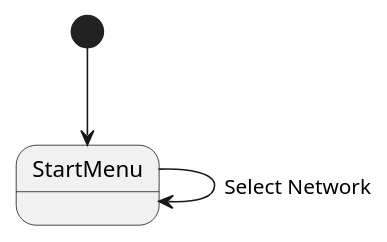
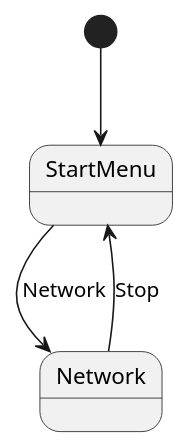
One commit to aortez/dirtsim changed the second of 2 diagrams in apps/src/ui/docs/src/screens/network.md. Above: the diagram before and after it, drawn with PlantUML. The commit also changed other lines of this file and 64 other files, not shown here.

````diff
--- a/apps/src/ui/docs/src/screens/network.md
+++ b/apps/src/ui/docs/src/screens/network.md
@@ -40,7 +48,8 @@
 ```plantuml
 @startuml
 [*] --> StartMenu
 
-StartMenu --> StartMenu : Select Network
+StartMenu --> Network : Network
+Network --> StartMenu : Stop
 @enduml
 ```
````
